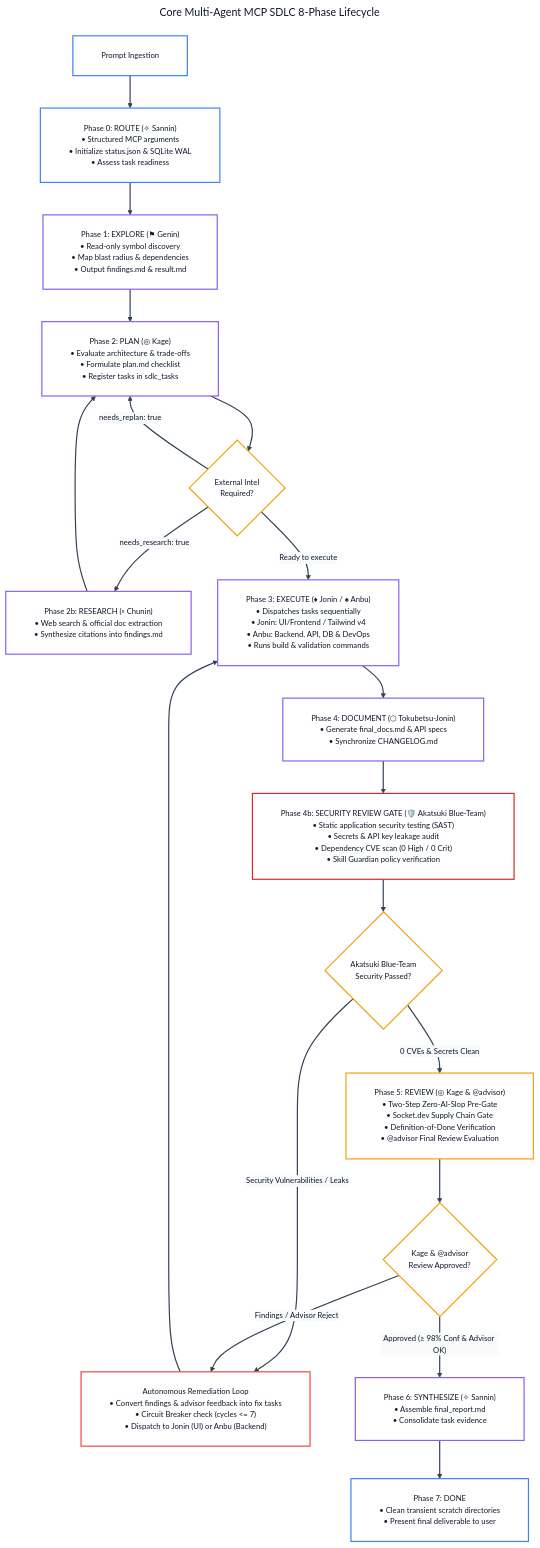
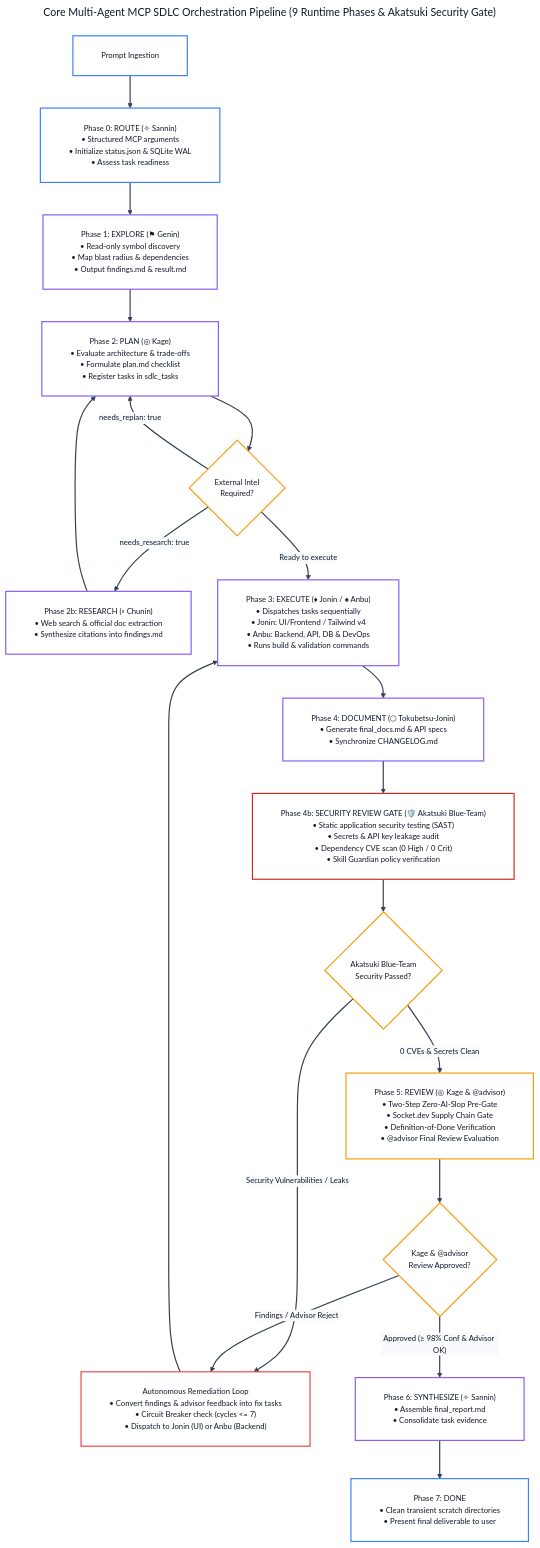
One commit to andycungkrinx91/konoha changed the second of 15 diagrams in docs/ALL-WORKFLOW-DIAGRAMS.md. Above: the diagram before and after it, drawn with Mermaid. The commit also changed 6 other files, not shown here.

Commit message:
docs(workflows): unify 9 runtime phases & 8 functional engineering stages across diagrams and skills

````diff
--- a/docs/ALL-WORKFLOW-DIAGRAMS.md
+++ b/docs/ALL-WORKFLOW-DIAGRAMS.md
@@ -110,64 +110,64 @@
 ```mermaid
 ---
-title: Core Multi-Agent MCP SDLC 8-Phase Lifecycle
+title: Core Multi-Agent MCP SDLC Orchestration Pipeline (9 Runtime Phases & Akatsuki Security Gate)
 config:
   theme: base
   themeVariables:
     darkMode: false
     background: '#ffffff'
     mainBkg: '#ffffff'
     primaryColor: '#ffffff'
     primaryTextColor: '#0f172a'
     primaryBorderColor: '#8b5cf6'
     lineColor: '#334155'
     arrowheadColor: '#334155'
     secondaryColor: '#f8fafc'
     tertiaryColor: '#ffffff'
     fontFamily: 'Inter, system-ui, -apple-system, sans-serif'
     fontSize: '13px'
   flowchart:
     nodeSpacing: 45
     rankSpacing: 55
     padding: 24
     wrappingWidth: 380
 ---
 flowchart TD
     Init["Prompt Ingestion"] --> Phase0["Phase 0: ROUTE (✧ Sannin)<br/>• Structured MCP arguments<br/>• Initialize status.json &amp; SQLite WAL<br/>• Assess task readiness"]
     Phase0 --> Phase1["Phase 1: EXPLORE (⚑ Genin)<br/>• Read-only symbol discovery<br/>• Map blast radius &amp; dependencies<br/>• Output findings.md &amp; result.md"]
     Phase1 --> Phase2["Phase 2: PLAN (◎ Kage)<br/>• Evaluate architecture &amp; trade-offs<br/>• Formulate plan.md checklist<br/>• Register tasks in sdlc_tasks"]
 
     Phase2 --> CheckResearch{"External Intel<br/>Required?"}
     CheckResearch -- "needs_research: true" --> Phase2b["Phase 2b: RESEARCH (▫ Chunin)<br/>• Web search &amp; official doc extraction<br/>• Synthesize citations into findings.md"]
     Phase2b --> Phase2
     CheckResearch -- "needs_replan: true" --> Phase2
     CheckResearch -- "Ready to execute" --> Phase3["Phase 3: EXECUTE (♦ Jonin / ♠ Anbu)<br/>• Dispatches tasks sequentially<br/>• Jonin: UI/Frontend / Tailwind v4<br/>• Anbu: Backend, API, DB &amp; DevOps<br/>• Runs build &amp; validation commands"]
 
     Phase3 --> Phase4["Phase 4: DOCUMENT (⬡ Tokubetsu-Jonin)<br/>• Generate final_docs.md &amp; API specs<br/>• Synchronize CHANGELOG.md"]
     Phase4 --> Phase4b["Phase 4b: SECURITY REVIEW GATE (🛡️ Akatsuki Blue-Team)<br/>• Static application security testing (SAST)<br/>• Secrets &amp; API key leakage audit<br/>• Dependency CVE scan (0 High / 0 Crit)<br/>• Skill Guardian policy verification"]
 
     Phase4b --> CheckSecurity{"Akatsuki Blue-Team<br/>Security Passed?"}
     CheckSecurity -- "0 CVEs &amp; Secrets Clean" --> Phase5["Phase 5: REVIEW (◎ Kage &amp; @advisor)<br/>• Two-Step Zero-AI-Slop Pre-Gate<br/>• Socket.dev Supply Chain Gate<br/>• Definition-of-Done Verification<br/>• @advisor Final Review Evaluation"]
     CheckSecurity -- "Security Vulnerabilities / Leaks" --> Remediation["Autonomous Remediation Loop<br/>• Convert findings &amp; advisor feedback into fix tasks<br/>• Circuit Breaker check (cycles &lt;= 7)<br/>• Dispatch to Jonin (UI) or Anbu (Backend)"]
 
     Phase5 --> CheckReview{"Kage &amp; @advisor<br/>Review Approved?"}
     CheckReview -- "Approved (≥ 98% Conf &amp; Advisor OK)" --> Phase6["Phase 6: SYNTHESIZE (✧ Sannin)<br/>• Assemble final_report.md<br/>• Consolidate task evidence"]
     Phase6 --> Phase7["Phase 7: DONE<br/>• Clean transient scratch directories<br/>• Present final deliverable to user"]
 
     CheckReview -- "Findings / Advisor Reject" --> Remediation
     Remediation --> Phase3
 
     linkStyle default stroke:#334155,stroke-width:2px;
 
     classDef routeNode fill:#ffffff,stroke:#3b82f6,color:#0f172a,stroke-width:2px;
     classDef executeNode fill:#ffffff,stroke:#8b5cf6,color:#0f172a,stroke-width:2px;
     classDef reviewNode fill:#ffffff,stroke:#f59e0b,color:#0f172a,stroke-width:2px;
     classDef securityNode fill:#ffffff,stroke:#dc2626,color:#0f172a,stroke-width:2px;
     classDef failNode fill:#ffffff,stroke:#ef4444,color:#0f172a,stroke-width:2px;
     classDef passNode fill:#ffffff,stroke:#10b981,color:#0f172a,stroke-width:2px;
 
     class Init,Phase0,Phase7 routeNode;
     class Phase1,Phase2,Phase2b,Phase3,Phase4,Phase6 executeNode;
     class Phase4b securityNode;
     class Phase5,CheckReview,CheckResearch,CheckSecurity reviewNode;
     class Remediation failNode;
 ```
````
